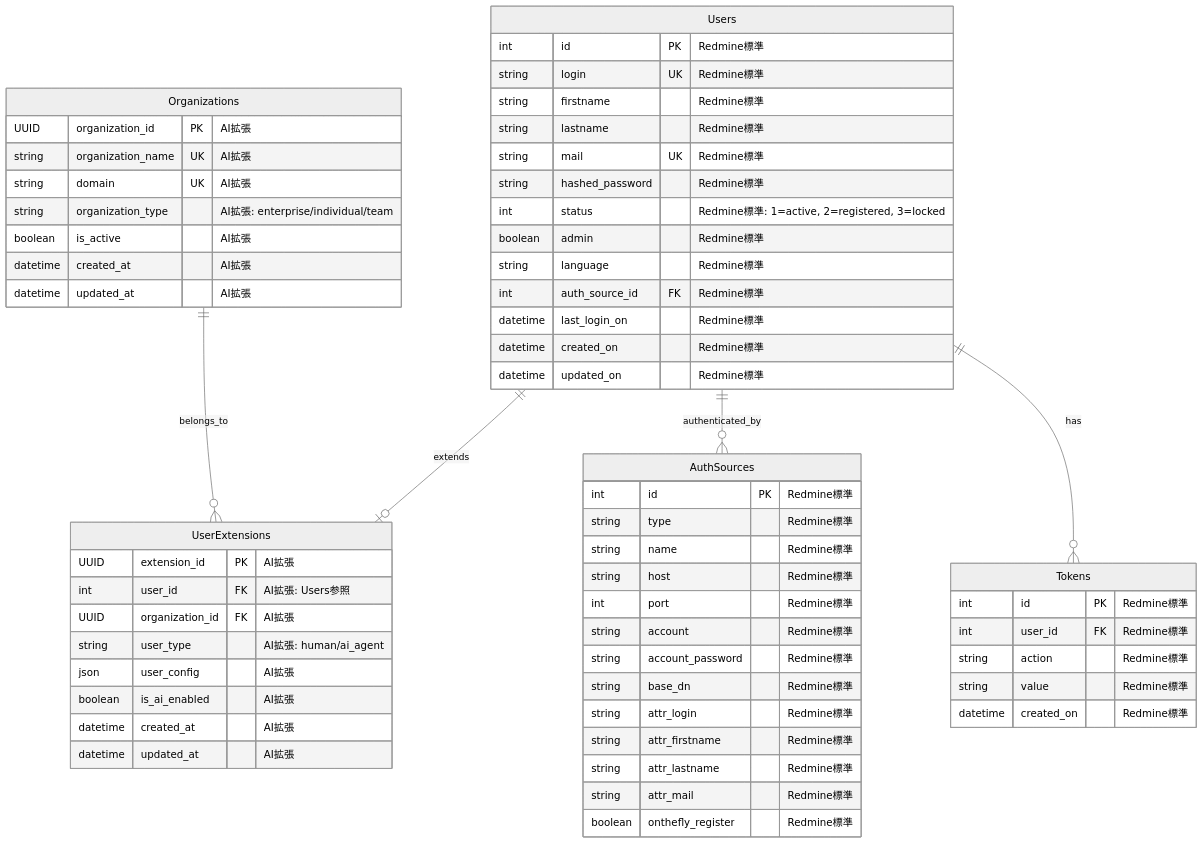
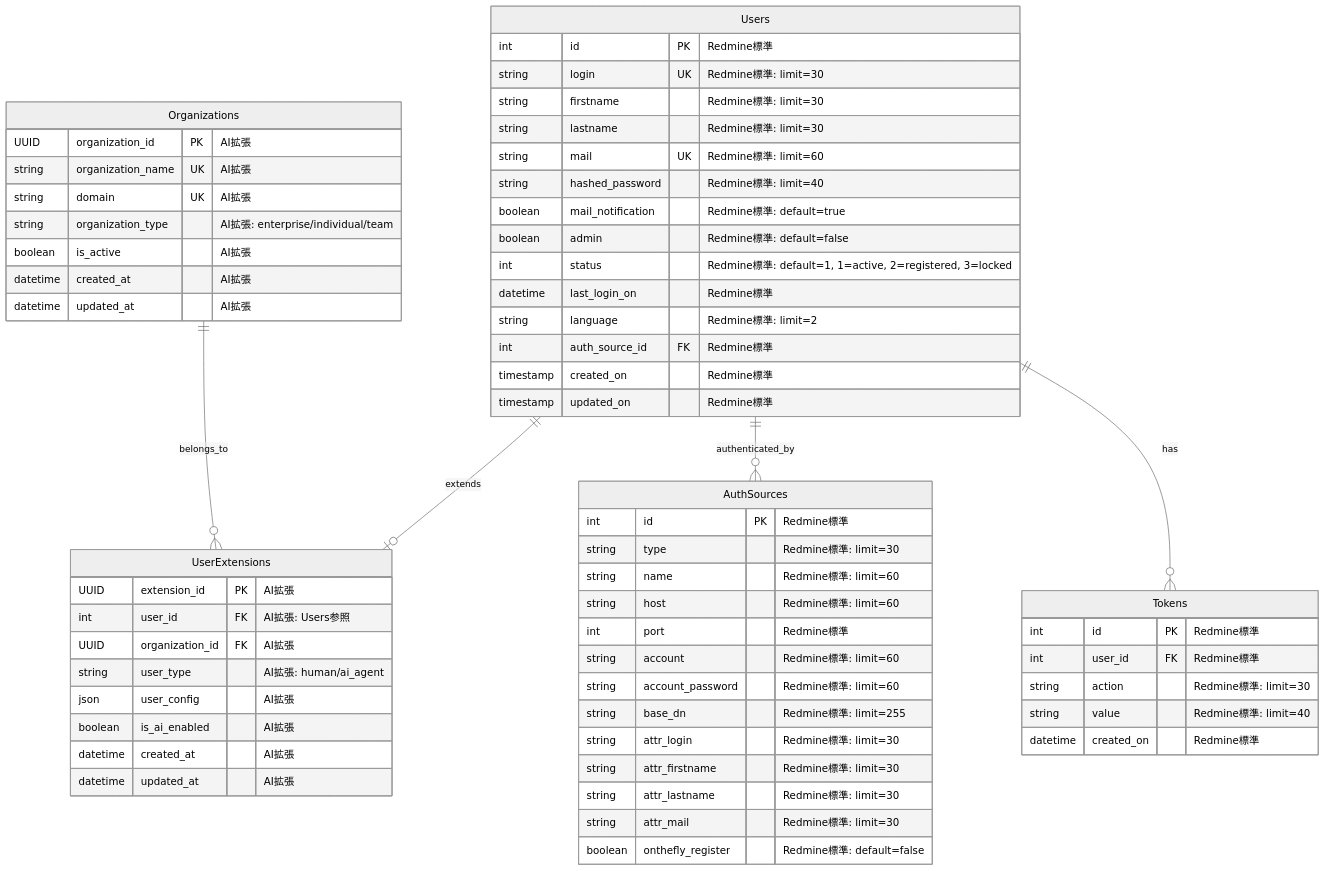
The first of 15 diagrams in docs/030000_設計/035000_データ設計/035010_ER図.md (daichiTAAA/AgentOpsPlatform), drawn with Mermaid (neutral theme) before and after one commit. The commit also changed other lines of this file, not shown here.

````diff
--- a/docs/030000_設計/035000_データ設計/035010_ER図.md
+++ b/docs/030000_設計/035000_データ設計/035010_ER図.md
@@ -96,71 +96,72 @@
 ```mermaid
 erDiagram
     %% Redmine標準テーブル（変更なし）
     Users {
         int id PK "Redmine標準"
-        string login UK "Redmine標準"
-        string firstname "Redmine標準"
-        string lastname "Redmine標準"
-        string mail UK "Redmine標準"
-        string hashed_password "Redmine標準"
-        int status "Redmine標準: 1=active, 2=registered, 3=locked"
-        boolean admin "Redmine標準"
-        string language "Redmine標準"
+        string login UK "Redmine標準: limit=30"
+        string firstname "Redmine標準: limit=30"
+        string lastname "Redmine標準: limit=30"
+        string mail UK "Redmine標準: limit=60"
+        string hashed_password "Redmine標準: limit=40"
+        boolean mail_notification "Redmine標準: default=true"
+        boolean admin "Redmine標準: default=false"
+        int status "Redmine標準: default=1, 1=active, 2=registered, 3=locked"
+        datetime last_login_on "Redmine標準"
+        string language "Redmine標準: limit=2"
         int auth_source_id FK "Redmine標準"
-        datetime last_login_on "Redmine標準"
-        datetime created_on "Redmine標準"
-        datetime updated_on "Redmine標準"
+        timestamp created_on "Redmine標準"
+        timestamp updated_on "Redmine標準"
     }
     
     AuthSources {
         int id PK "Redmine標準"
-        string type "Redmine標準"
-        string name "Redmine標準"
-        string host "Redmine標準"
+        string type "Redmine標準: limit=30"
+        string name "Redmine標準: limit=60"
+        string host "Redmine標準: limit=60"
         int port "Redmine標準"
-        string account "Redmine標準"
-        string account_password "Redmine標準"
-        string base_dn "Redmine標準"
-        string attr_login "Redmine標準"
-        string attr_firstname "Redmine標準"
-        string attr_lastname "Redmine標準"
-        string attr_mail "Redmine標準"
-        boolean onthefly_register "Redmine標準"
+        string account "Redmine標準: limit=60"
+        string account_password "Redmine標準: limit=60"
+        string base_dn "Redmine標準: limit=255"
+        string attr_login "Redmine標準: limit=30"
+        string attr_firstname "Redmine標準: limit=30"
+        string attr_lastname "Redmine標準: limit=30"
+        string attr_mail "Redmine標準: limit=30"
+        boolean onthefly_register "Redmine標準: default=false"
     }
     
     Tokens {
         int id PK "Redmine標準"
         int user_id FK "Redmine標準"
-        string action "Redmine標準"
-        string value "Redmine標準"
+        string action "Redmine標準: limit=30"
+        string value "Redmine標準: limit=40"
         datetime created_on "Redmine標準"
     }
     
     %% AI拡張テーブル（新規追加）
     Organizations {
         UUID organization_id PK "AI拡張"
         string organization_name UK "AI拡張"
         string domain UK "AI拡張"
         string organization_type "AI拡張: enterprise/individual/team"
         boolean is_active "AI拡張"
         datetime created_at "AI拡張"
         datetime updated_at "AI拡張"
     }
     
     UserExtensions {
         UUID extension_id PK "AI拡張"
         int user_id FK "AI拡張: Users参照"
         UUID organization_id FK "AI拡張"
         string user_type "AI拡張: human/ai_agent"
         json user_config "AI拡張"
         boolean is_ai_enabled "AI拡張"
         datetime created_at "AI拡張"
         datetime updated_at "AI拡張"
     }
     
     %% 関係性
     Users ||--o| UserExtensions : extends
     Organizations ||--o{ UserExtensions : belongs_to
     Users ||--o{ AuthSources : authenticated_by
     Users ||--o{ Tokens : has
 ```
````
